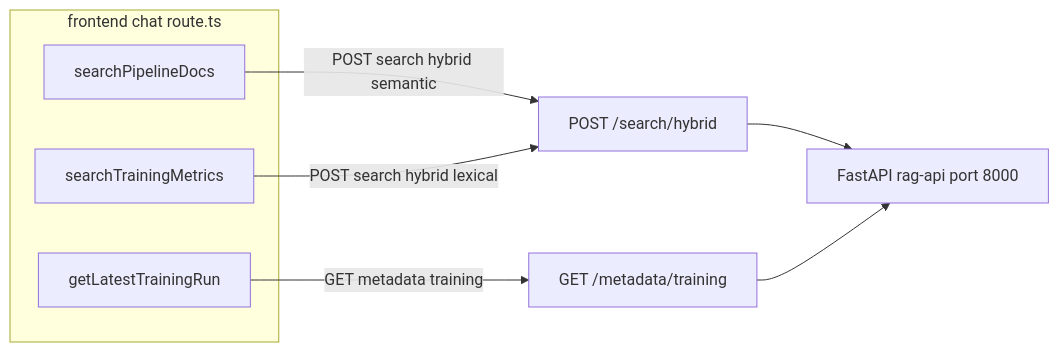
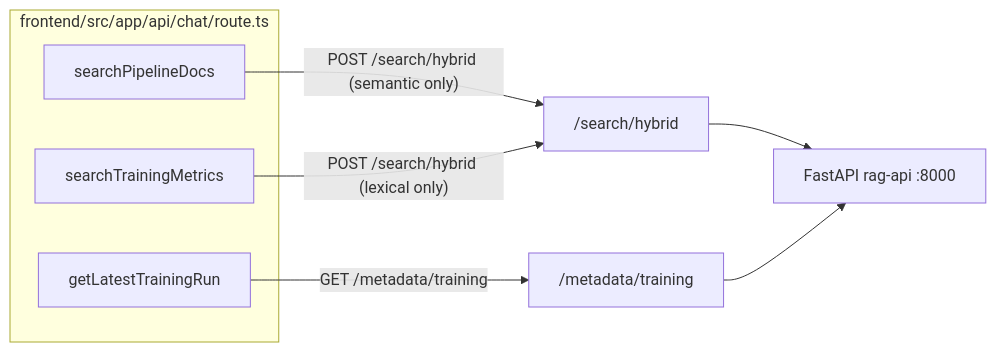
The eighth of 15 diagrams in docs/backend-architecture.md (pedroandrade03/rag-intelligence), drawn with Mermaid before and after one commit. The commit also changed 12 other files, not shown here.

````diff
--- a/docs/backend-architecture.md
+++ b/docs/backend-architecture.md
@@ -312,15 +312,15 @@
 ```mermaid
 flowchart LR
-    subgraph next ["frontend chat route.ts"]
+    subgraph next ["frontend/src/app/api/chat/route.ts"]
         T1[searchPipelineDocs]
         T2[searchTrainingMetrics]
         T3[getLatestTrainingRun]
     end
 
-    T1 -->|"POST search hybrid semantic"| HYB["POST /search/hybrid"]
-    T2 -->|"POST search hybrid lexical"| HYB
-    T3 -->|"GET metadata training"| TRN["GET /metadata/training"]
+    T1 -->|"POST /search/hybrid (semantic only)"| HYB["/search/hybrid"]
+    T2 -->|"POST /search/hybrid (lexical only)"| HYB
+    T3 -->|"GET /metadata/training"| TRN["/metadata/training"]
 
-    HYB --> API["FastAPI rag-api port 8000"]
+    HYB --> API["FastAPI rag-api :8000"]
     TRN --> API
 ```
````
